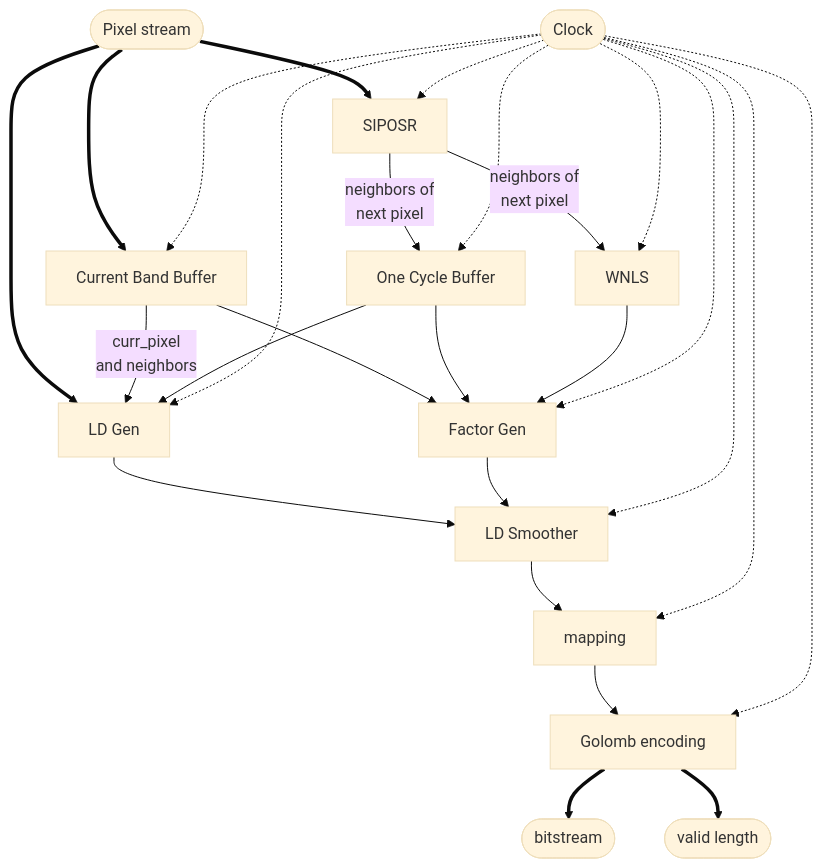
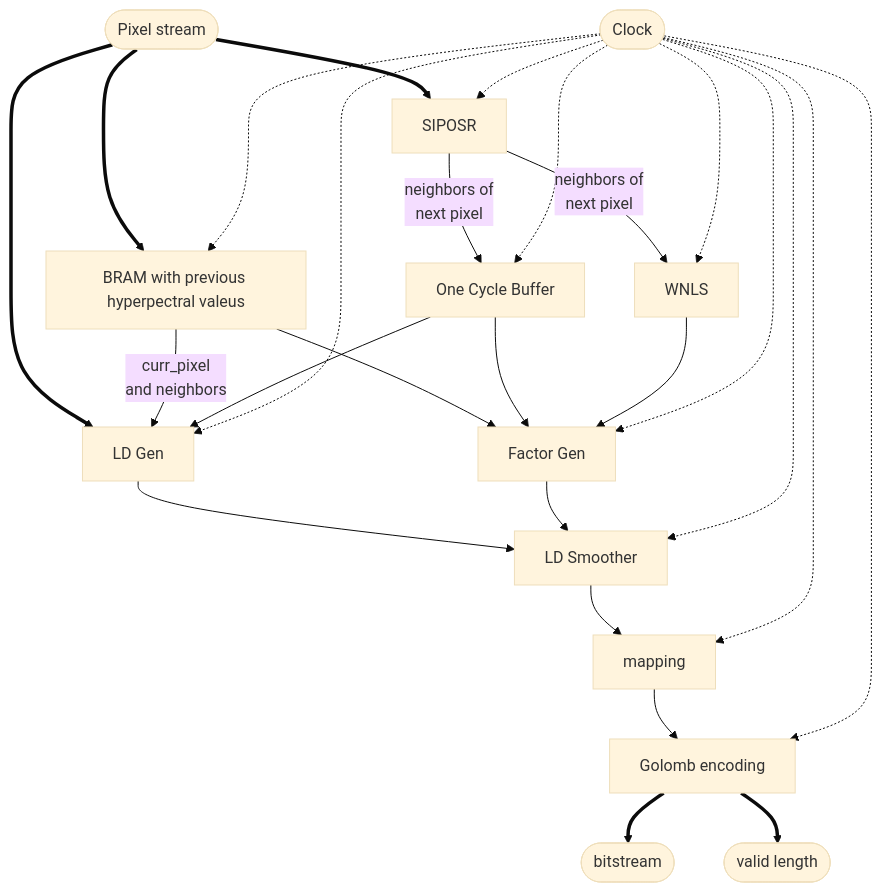
The diagram in README.md (Aryan-Varma/SLA_compression_algorithm), drawn with Mermaid (base theme) before and after one commit. The commit also changed other lines of this file, not shown here.

````diff
--- a/README.md
+++ b/README.md
@@ -12,43 +18,43 @@
 ```mermaid
 graph TD
     PIXEL([Pixel stream])
     CLK([Clock])
     
     SIPOSR[SIPOSR]
-    CURR_BUF[Current Band Buffer]
+    CURR_BUF[BRAM with previous hyperpectral valeus]
     BUF[One Cycle Buffer]
     WNLS[WNLS]
     LD_GEN[LD Gen]
     FACT_GEN[Factor Gen]
     LD_SMOOTH[LD Smoother]
     MAPPING[mapping]
     GOLOMB[Golomb encoding]
     
     BS([bitstream])
     VL([valid length])
 
     PIXEL ==> SIPOSR
     PIXEL ==> CURR_BUF
     PIXEL ==> LD_GEN
 
     SIPOSR -->|neighbors of<br>next pixel| WNLS
     SIPOSR -->|neighbors of<br>next pixel| BUF
 
     CURR_BUF -->|curr_pixel<br>and neighbors| LD_GEN
     CURR_BUF --> FACT_GEN
 
     BUF --> LD_GEN
     BUF --> FACT_GEN
     WNLS --> FACT_GEN
 
     LD_GEN --> LD_SMOOTH
     FACT_GEN --> LD_SMOOTH
 
     LD_SMOOTH --> MAPPING
     MAPPING --> GOLOMB
 
     GOLOMB ==> BS
     GOLOMB ==> VL
 
     CLK -.-> SIPOSR & CURR_BUF & BUF & WNLS & LD_GEN & FACT_GEN & LD_SMOOTH & MAPPING & GOLOMB
 ```
````
